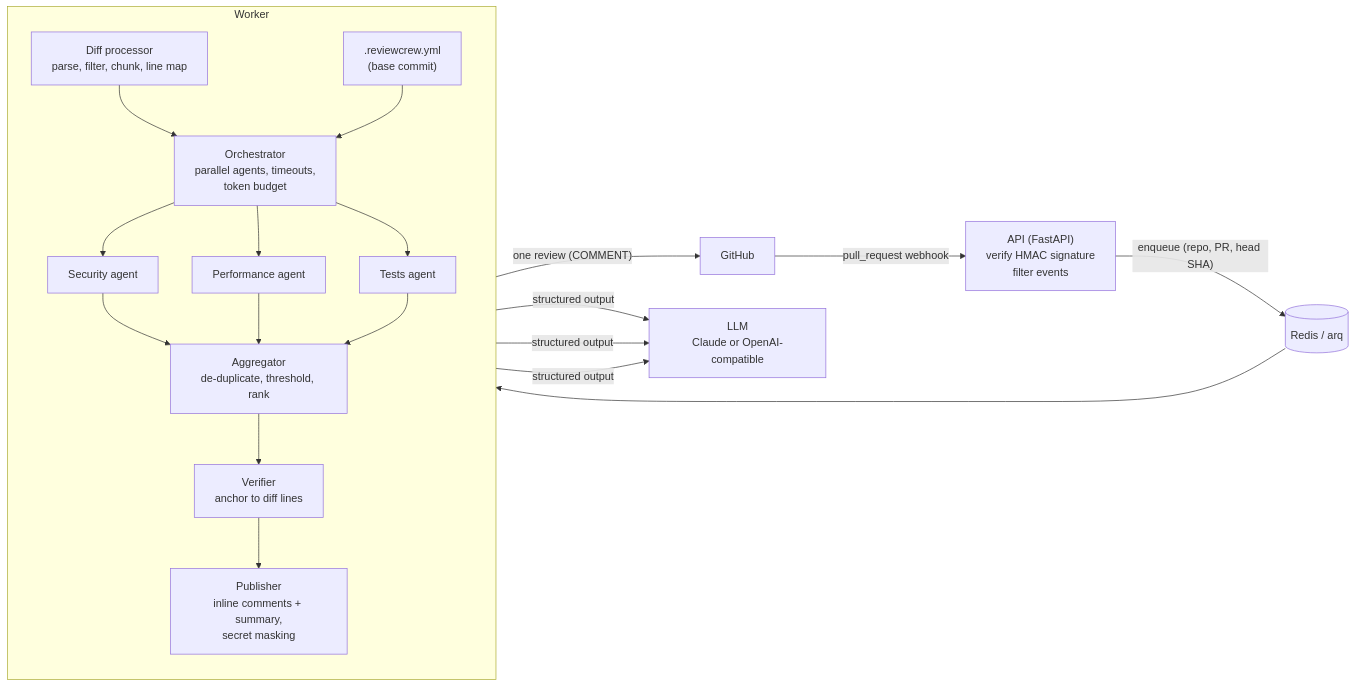
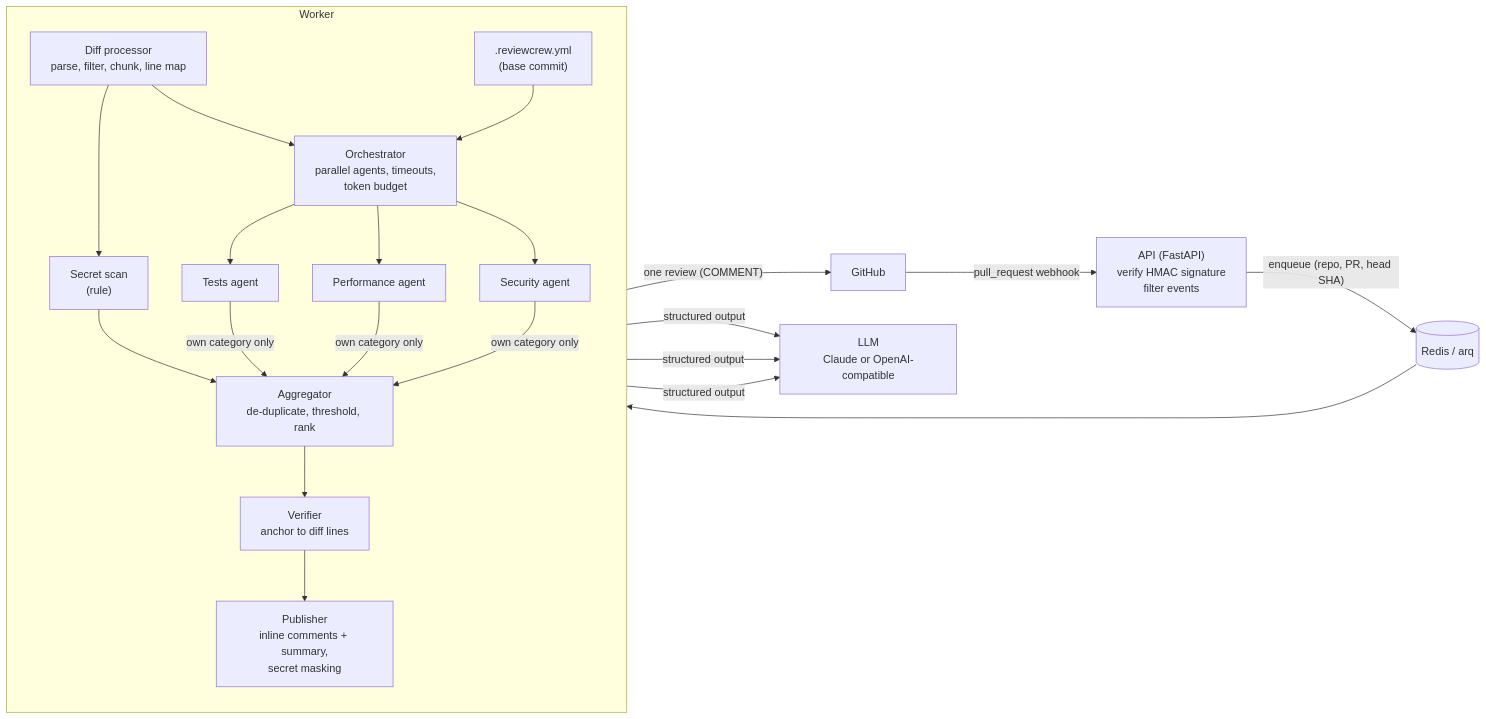
Before and after one commit to Kenanakn0/reviewcrew: the diagram in README.md, drawn with Mermaid. The commit also changed other lines of this file, not shown here.

Commit message:
docs: describe the secret scan, category enforcement and their limits

````diff
--- a/README.md
+++ b/README.md
@@ -32,20 +37,22 @@
 ```mermaid
 flowchart LR
     GH[GitHub] -- "pull_request webhook" --> API["API (FastAPI)<br/>verify HMAC signature<br/>filter events"]
     API -- "enqueue (repo, PR, head SHA)" --> Q[(Redis / arq)]
     Q --> D
     subgraph W [Worker]
         direction TB
         D["Diff processor<br/>parse, filter, chunk, line map"] --> O
         C[".reviewcrew.yml<br/>(base commit)"] --> O
         O["Orchestrator<br/>parallel agents, timeouts,<br/>token budget"]
         O --> S[Security agent]
         O --> P[Performance agent]
         O --> T[Tests agent]
-        S & P & T --> A["Aggregator<br/>de-duplicate, threshold, rank"]
+        D --> R["Secret scan<br/>(rule)"]
+        S & P & T -- "own category only" --> A["Aggregator<br/>de-duplicate, threshold, rank"]
+        R --> A
         A --> V["Verifier<br/>anchor to diff lines"]
         V --> PUB["Publisher<br/>inline comments + summary,<br/>secret masking"]
     end
     S & P & T -- "structured output" --> LLM["LLM<br/>Claude or OpenAI-compatible"]
     PUB -- "one review (COMMENT)" --> GH
 ```
````
